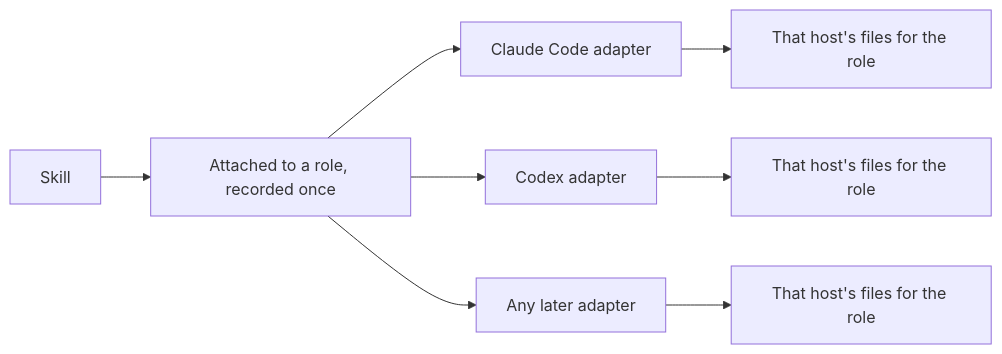
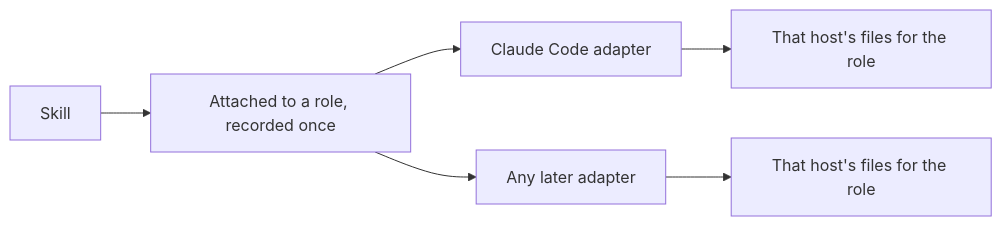
One commit to trustmybot/tmb changed the sixth of 6 diagrams in docs/architecture/EXTENDING.md. Above: the diagram before and after it, drawn with Mermaid. The commit also changed 6 other files, not shown here.

````diff
--- a/docs/architecture/EXTENDING.md
+++ b/docs/architecture/EXTENDING.md
@@ -198,10 +198,8 @@
 ```mermaid
 flowchart LR
     S[Skill] --> R[Attached to a role, recorded once]
     R --> A1[Claude Code adapter]
-    R --> A2[Codex adapter]
     R --> A3[Any later adapter]
     A1 --> H1["That host's files for the role"]
-    A2 --> H2["That host's files for the role"]
     A3 --> H3["That host's files for the role"]
 ```
````
